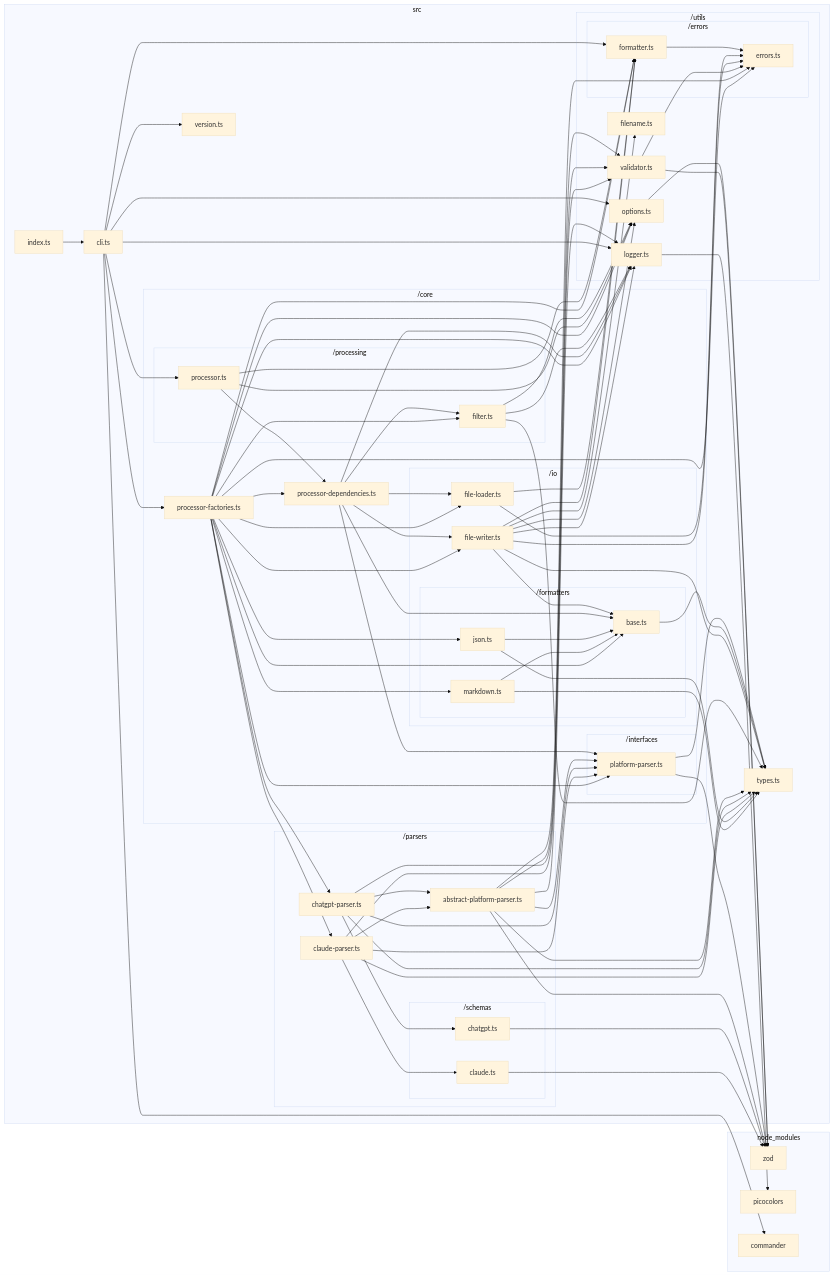
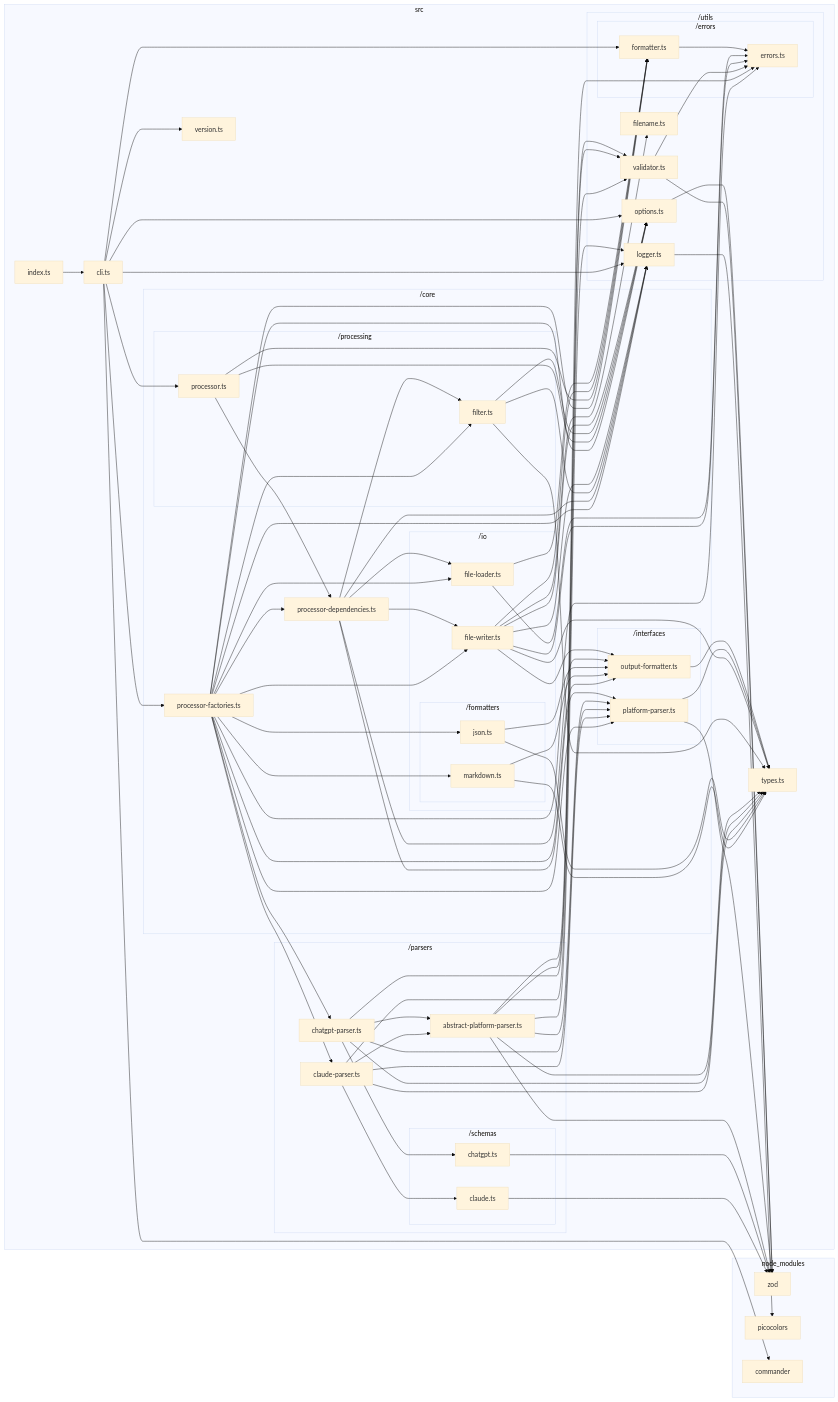
The diagram in docs/dependency-graphs/typescript-graph.md (sugurutakahashi-1234/ai-chat-md-export), drawn with Mermaid (base theme) before and after one commit. The commit also changed 6 other files, not shown here.

First line of the commit message:
refactor: update output formatter imports

```diff
--- a/docs/dependency-graphs/typescript-graph.md
+++ b/docs/dependency-graphs/typescript-graph.md
@@ -25,13 +25,13 @@
             src/core/processor//depend_encies.ts["processor-dependencies.ts"]
             src/core/processor//factories.ts["processor-factories.ts"]
             subgraph src/core/interfaces["/interfaces"]
+                src/core/interfaces/output//formatter.ts["output-formatter.ts"]
                 src/core/interfaces/platform//parser.ts["platform-parser.ts"]
             end
             subgraph src/core/io["/io"]
                 src/core/io/file//loader.ts["file-loader.ts"]
                 src/core/io/file//writer.ts["file-writer.ts"]
                 subgraph src/core/io/formatters["/formatters"]
-                    src/core/io/formatters/base.ts["base.ts"]
                     src/core/io/formatters/json.ts["json.ts"]
                     src/core/io/formatters/markdown.ts["markdown.ts"]
                 end
@@ -59,26 +59,26 @@
     src/utils/errors/formatter.ts-->src/utils/errors/errors.ts
     src/utils/options.ts-->node//modules/zod/index.d.cts
     src/utils/logger.ts-->node//modules/picocolors/picocolors.d.ts
+    src/core/interfaces/output//formatter.ts-->src/types.ts
     src/core/interfaces/platform//parser.ts-->node//modules/zod/index.d.cts
     src/core/interfaces/platform//parser.ts-->src/types.ts
     src/core/io/file//loader.ts-->src/utils/errors/errors.ts
     src/core/io/file//loader.ts-->src/utils/errors/formatter.ts
-    src/core/io/formatters/base.ts-->src/types.ts
     src/core/io/file//writer.ts-->src/types.ts
     src/core/io/file//writer.ts-->src/utils/errors/errors.ts
     src/core/io/file//writer.ts-->src/utils/errors/formatter.ts
     src/core/io/file//writer.ts-->src/utils/filename.ts
     src/core/io/file//writer.ts-->src/utils/logger.ts
     src/core/io/file//writer.ts-->src/utils/options.ts
-    src/core/io/file//writer.ts-->src/core/io/formatters/base.ts
+    src/core/io/file//writer.ts-->src/core/interfaces/output//formatter.ts
     src/core/processing/filter.ts-->src/types.ts
     src/core/processing/filter.ts-->src/utils/logger.ts
     src/core/processing/filter.ts-->src/utils/options.ts
     src/core/processor//depend_encies.ts-->src/utils/logger.ts
+    src/core/processor//depend_encies.ts-->src/core/interfaces/output//formatter.ts
     src/core/processor//depend_encies.ts-->src/core/interfaces/platform//parser.ts
     src/core/processor//depend_encies.ts-->src/core/io/file//loader.ts
     src/core/processor//depend_encies.ts-->src/core/io/file//writer.ts
-    src/core/processor//depend_encies.ts-->src/core/io/formatters/base.ts
     src/core/processor//depend_encies.ts-->src/core/processing/filter.ts
     src/core/processing/processor.ts-->src/utils/errors/formatter.ts
     src/core/processing/processor.ts-->src/utils/options.ts
@@ -104,19 +104,19 @@
     src/parsers/claude//parser.ts-->src/parsers/abstract//platform//parser.ts
     src/parsers/claude//parser.ts-->src/parsers/schemas/claude.ts
     src/core/io/formatters/json.ts-->src/types.ts
-    src/core/io/formatters/json.ts-->src/core/io/formatters/base.ts
+    src/core/io/formatters/json.ts-->src/core/interfaces/output//formatter.ts
     src/core/io/formatters/markdown.ts-->src/types.ts
-    src/core/io/formatters/markdown.ts-->src/core/io/formatters/base.ts
+    src/core/io/formatters/markdown.ts-->src/core/interfaces/output//formatter.ts
     src/core/processor//factories.ts-->src/parsers/chatgpt//parser.ts
     src/core/processor//factories.ts-->src/parsers/claude//parser.ts
     src/core/processor//factories.ts-->src/utils/errors/errors.ts
     src/core/processor//factories.ts-->src/utils/errors/formatter.ts
     src/core/processor//factories.ts-->src/utils/logger.ts
     src/core/processor//factories.ts-->src/utils/options.ts
+    src/core/processor//factories.ts-->src/core/interfaces/output//formatter.ts
     src/core/processor//factories.ts-->src/core/interfaces/platform//parser.ts
     src/core/processor//factories.ts-->src/core/io/file//loader.ts
     src/core/processor//factories.ts-->src/core/io/file//writer.ts
-    src/core/processor//factories.ts-->src/core/io/formatters/base.ts
     src/core/processor//factories.ts-->src/core/io/formatters/json.ts
     src/core/processor//factories.ts-->src/core/io/formatters/markdown.ts
     src/core/processor//factories.ts-->src/core/processing/filter.ts
```
